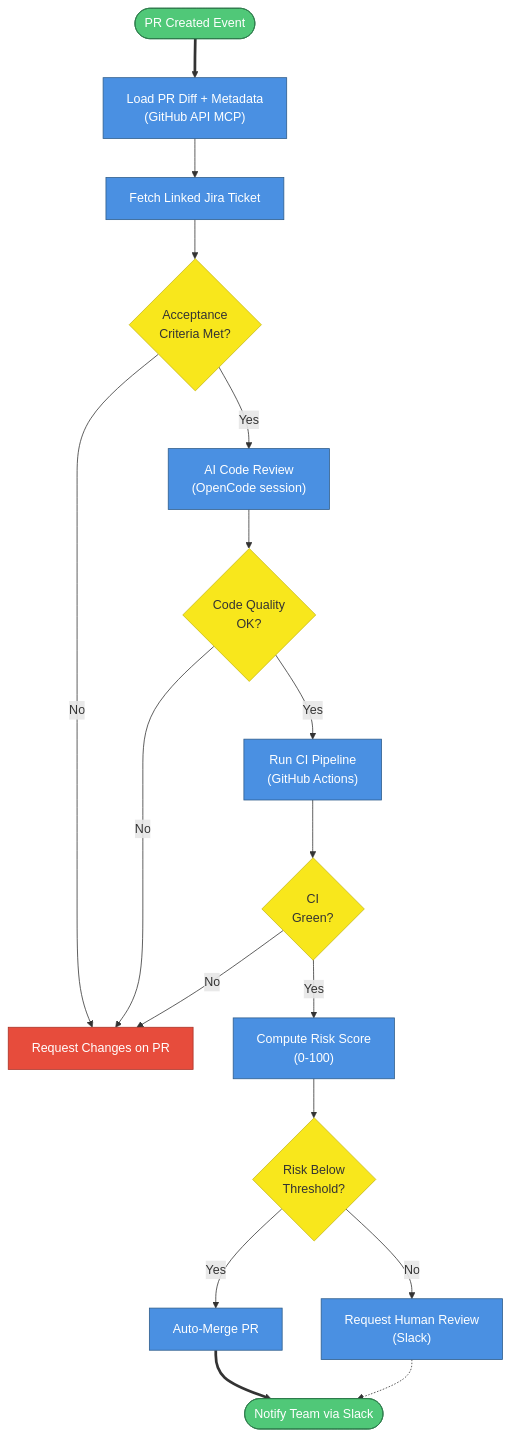
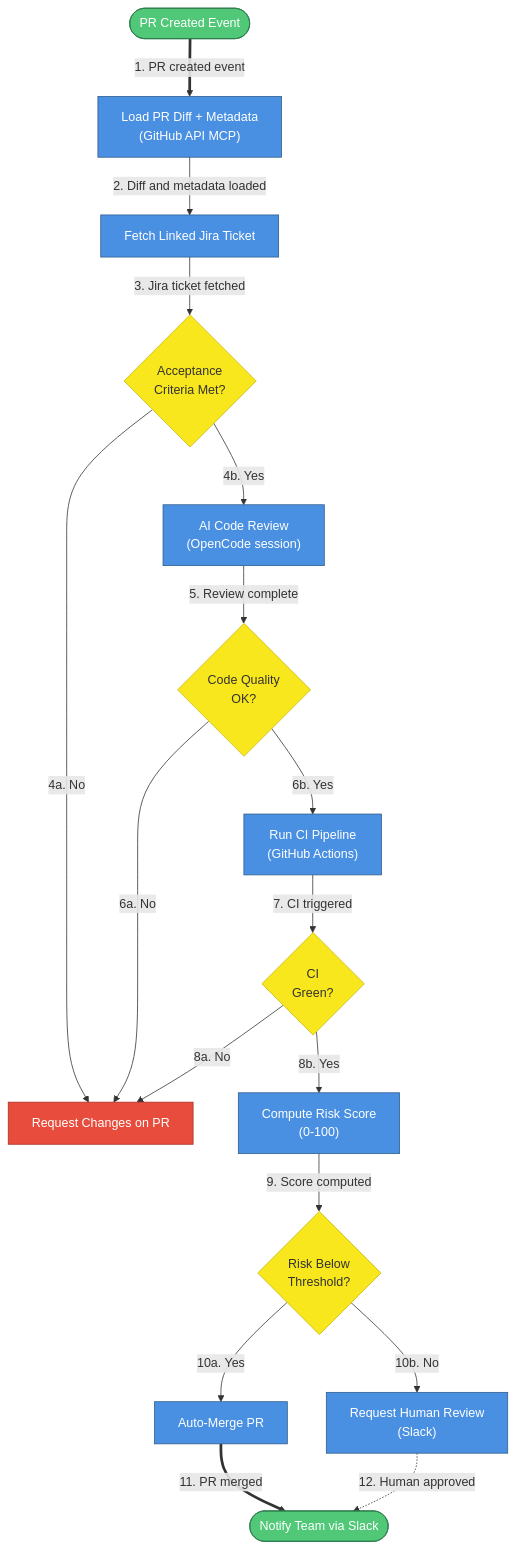
The eighth of 15 diagrams in docs/2026-03-22-2317-ai-employee-architecture.md (viiqswim/dozaldevs-ai-employee), drawn with Mermaid before and after one commit. The commit also changed other lines of this file, not shown here.

Commit message:
docs: add numbered arrows and flow walkthroughs to all diagrams

````diff
--- a/docs/2026-03-22-2317-ai-employee-architecture.md
+++ b/docs/2026-03-22-2317-ai-employee-architecture.md
@@ -689,39 +797,39 @@
 ```mermaid
 flowchart TD
     PRWATCH(["PR Created Event"]):::event
     LOAD["Load PR Diff + Metadata\n(GitHub API MCP)"]:::service
     JIRA_CHECK["Fetch Linked Jira Ticket"]:::service
     COMPARE{"Acceptance\nCriteria Met?"}:::decision
     CODE_REVIEW["AI Code Review\n(OpenCode session)"]:::service
     QUALITY{"Code Quality\nOK?"}:::decision
     CI["Run CI Pipeline\n(GitHub Actions)"]:::service
     CI_PASS{"CI\nGreen?"}:::decision
     RISK["Compute Risk Score\n(0-100)"]:::service
     AUTO{"Risk Below\nThreshold?"}:::decision
     MERGE["Auto-Merge PR"]:::service
     HUMAN["Request Human Review\n(Slack)"]:::service
     NOTIFY(["Notify Team via Slack"]):::event
     REJECT["Request Changes on PR"]:::error
 
-    PRWATCH ==> LOAD
-    LOAD --> JIRA_CHECK
-    JIRA_CHECK --> COMPARE
-    COMPARE -- No --> REJECT
-    COMPARE -- Yes --> CODE_REVIEW
-    CODE_REVIEW --> QUALITY
-    QUALITY -- No --> REJECT
-    QUALITY -- Yes --> CI
-    CI --> CI_PASS
-    CI_PASS -- No --> REJECT
-    CI_PASS -- Yes --> RISK
-    RISK --> AUTO
-    AUTO -- Yes --> MERGE
-    AUTO -- No --> HUMAN
-    MERGE ==> NOTIFY
-    HUMAN -.-> NOTIFY
+    PRWATCH ==>|"1. PR created event"| LOAD
+    LOAD -->|"2. Diff and metadata loaded"| JIRA_CHECK
+    JIRA_CHECK -->|"3. Jira ticket fetched"| COMPARE
+    COMPARE -->|"4a. No"| REJECT
+    COMPARE -->|"4b. Yes"| CODE_REVIEW
+    CODE_REVIEW -->|"5. Review complete"| QUALITY
+    QUALITY -->|"6a. No"| REJECT
+    QUALITY -->|"6b. Yes"| CI
+    CI -->|"7. CI triggered"| CI_PASS
+    CI_PASS -->|"8a. No"| REJECT
+    CI_PASS -->|"8b. Yes"| RISK
+    RISK -->|"9. Score computed"| AUTO
+    AUTO -->|"10a. Yes"| MERGE
+    AUTO -->|"10b. No"| HUMAN
+    MERGE ==>|"11. PR merged"| NOTIFY
+    HUMAN -.->|"12. Human approved"| NOTIFY
 
     classDef service fill:#4A90E2,stroke:#2E5C8A,color:#fff
     classDef event fill:#50C878,stroke:#2D7A4A,color:#fff
     classDef decision fill:#F8E71C,stroke:#C7B916,color:#333
     classDef error fill:#E74C3C,stroke:#A93226,color:#fff
 ```
````
